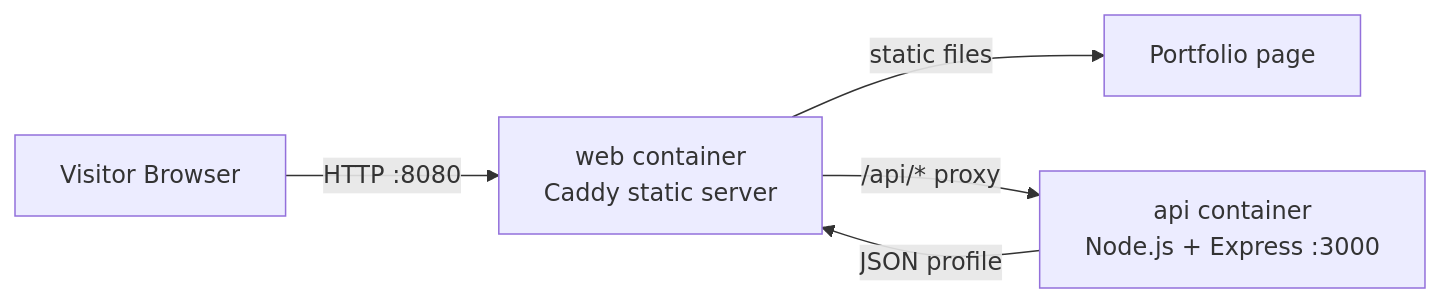
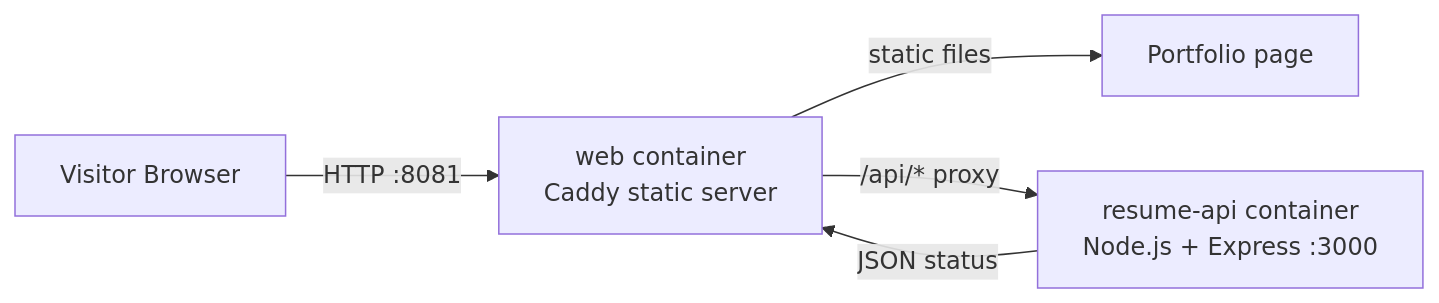
Before and after one commit to MERMAX04/Docker: the diagram in system-diagram.md, drawn with Mermaid. The commit also changed 1 other file, not shown here.

Commit message:
Add Mermaid system diagram

````diff
--- a/system-diagram.md
+++ b/system-diagram.md
@@ -5,7 +5,7 @@
 ```mermaid
 flowchart LR
-    Browser["Visitor Browser"] -->|HTTP :8080| Web["web container\nCaddy static server"]
+    Browser["Visitor Browser"] -->|HTTP :8081| Web["web container\nCaddy static server"]
     Web -->|static files| Page["Portfolio page"]
-    Web -->|/api/* proxy| API["api container\nNode.js + Express :3000"]
-    API -->|JSON profile| Web
+    Web -->|/api/* proxy| API["resume-api container\nNode.js + Express :3000"]
+    API -->|JSON status| Web
 ```
````
